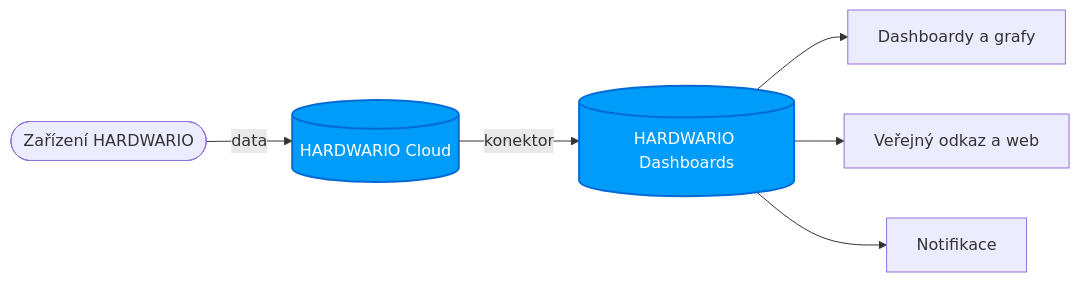
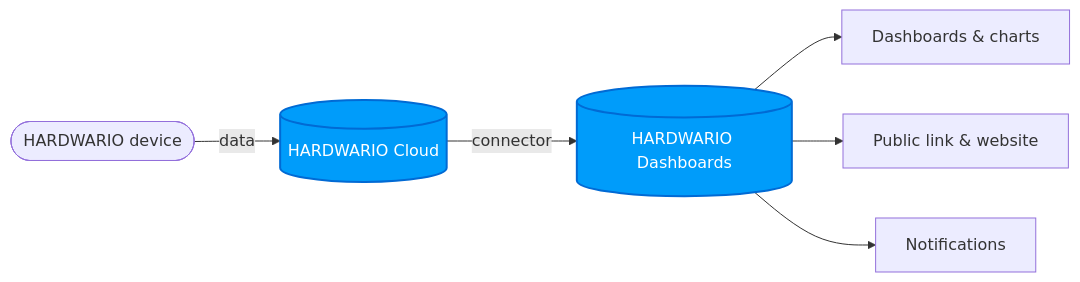
One commit to hardwario/website-hardwario-docs changed the diagram in i18n/cs/docusaurus-plugin-content-docs-apps/current/thingsboard/index.md. Above: the diagram before and after it, drawn with Mermaid. The commit also changed other lines of this file and 7 other files, not shown here.

Commit message:
HARDWARIO Dashboards: Fix the Czech translation check (descriptions, diagrams, link)

````diff
--- a/i18n/cs/docusaurus-plugin-content-docs-apps/current/thingsboard/index.md
+++ b/i18n/cs/docusaurus-plugin-content-docs-apps/current/thingsboard/index.md
@@ -25,11 +25,11 @@
 ```mermaid
 flowchart LR
-  Device([Zařízení HARDWARIO]) -->|data| Cloud[(HARDWARIO Cloud)]
-  Cloud -->|konektor| HD[(HARDWARIO Dashboards)]
-  HD --> Dash[Dashboardy a grafy]
-  HD --> Share[Veřejný odkaz a web]
-  HD --> Alert[Notifikace]
+  Device([HARDWARIO device]) -->|data| Cloud[(HARDWARIO Cloud)]
+  Cloud -->|connector| HD[(HARDWARIO Dashboards)]
+  HD --> Dash[Dashboards & charts]
+  HD --> Share[Public link & website]
+  HD --> Alert[Notifications]
   classDef hero fill:#009cfa,stroke:#016ad4,stroke-width:2px,color:#ffffff;
   class Cloud hero;
   class HD hero;
 ```
````
